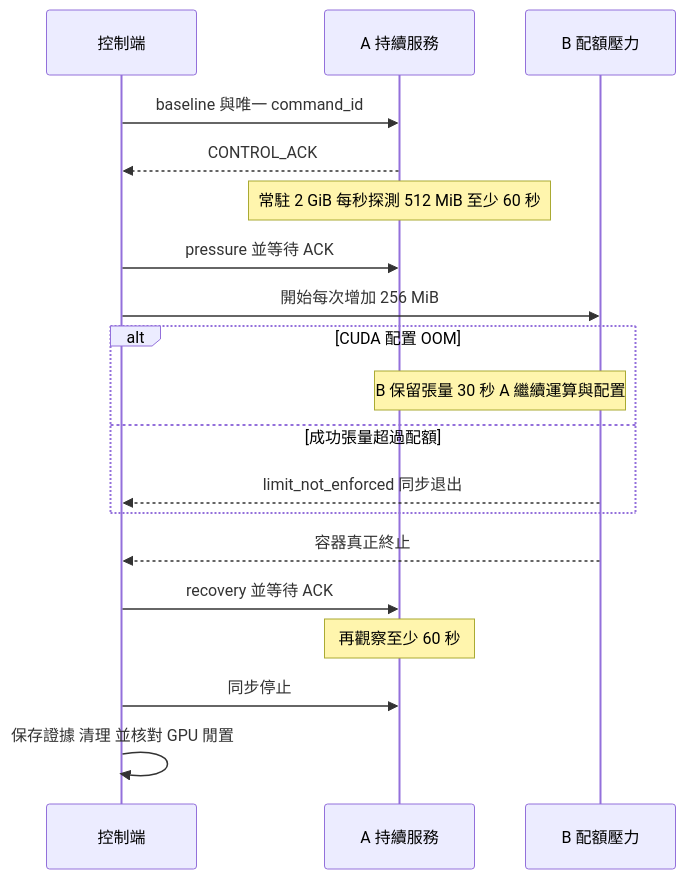
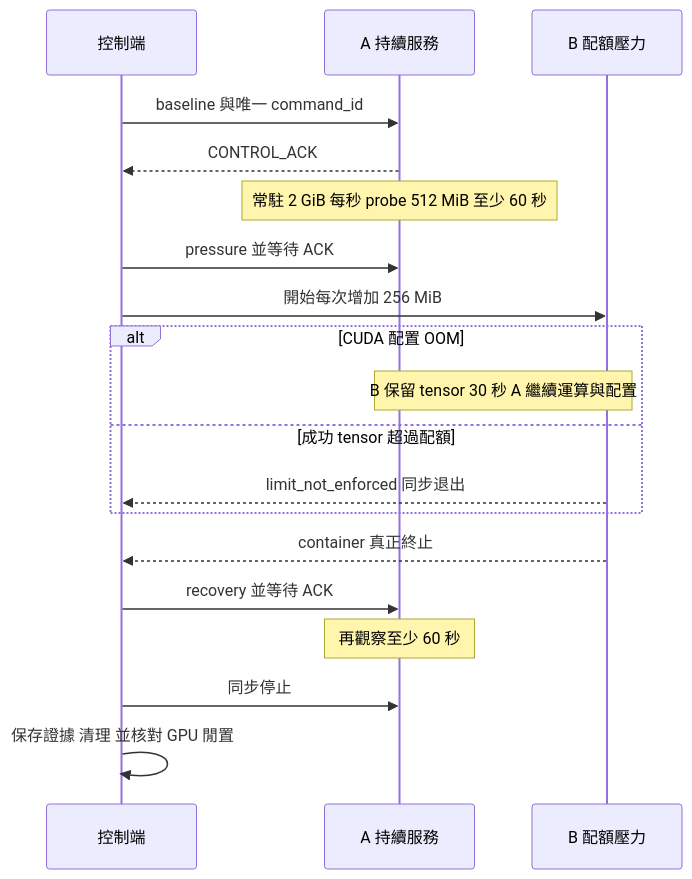
Before and after one commit to Daniel77871/dra-gpu-sharing-in-practice: the third of 3 diagrams in book/04-isolation/README.md, drawn with Mermaid. The commit also changed other lines of this file and 80 other files, not shown here.

````diff
--- a/book/04-isolation/README.md
+++ b/book/04-isolation/README.md
@@ -106,21 +106,21 @@
 ```mermaid
 sequenceDiagram
     participant C as 控制端
     participant A as A 持續服務
     participant B as B 配額壓力
     C->>A: baseline 與唯一 command_id
     A-->>C: CONTROL_ACK
-    Note over A: 常駐 2 GiB 每秒探測 512 MiB 至少 60 秒
+    Note over A: 常駐 2 GiB 每秒 probe 512 MiB 至少 60 秒
     C->>A: pressure 並等待 ACK
     C->>B: 開始每次增加 256 MiB
     alt CUDA 配置 OOM
-        Note over A,B: B 保留張量 30 秒 A 繼續運算與配置
-    else 成功張量超過配額
+        Note over A,B: B 保留 tensor 30 秒 A 繼續運算與配置
+    else 成功 tensor 超過配額
         B-->>C: limit_not_enforced 同步退出
     end
-    B-->>C: 容器真正終止
+    B-->>C: container 真正終止
     C->>A: recovery 並等待 ACK
     Note over A: 再觀察至少 60 秒
     C->>A: 同步停止
     C->>C: 保存證據 清理 並核對 GPU 閒置
 ```
````
